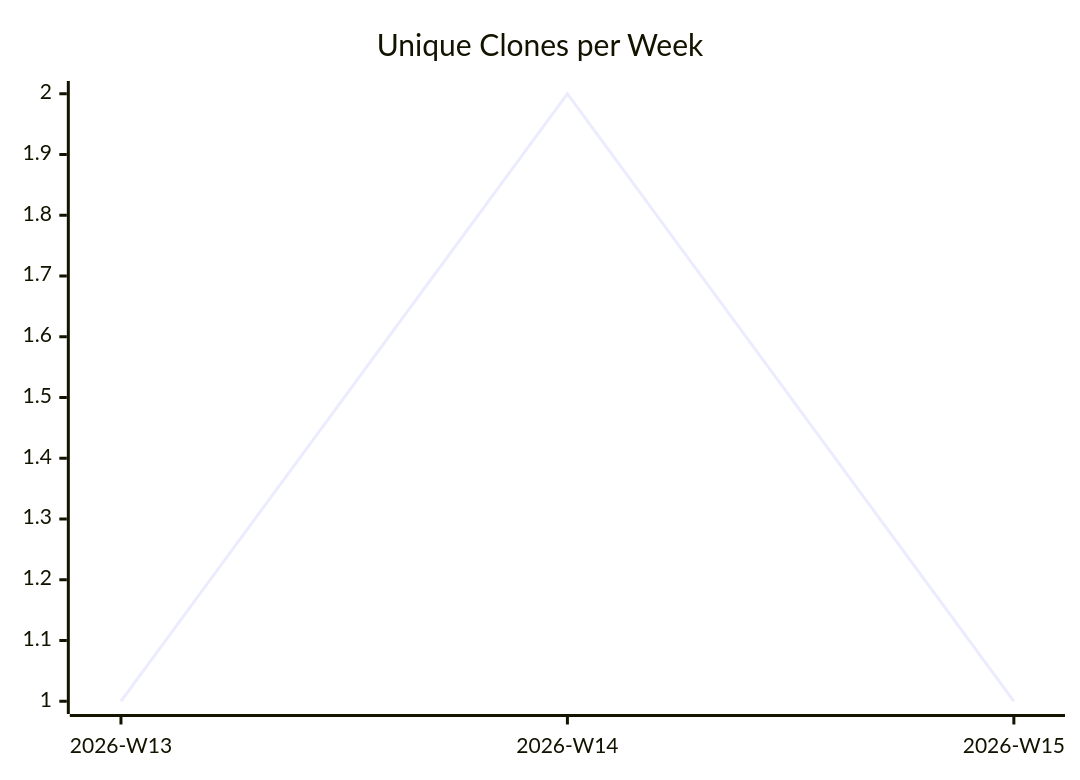
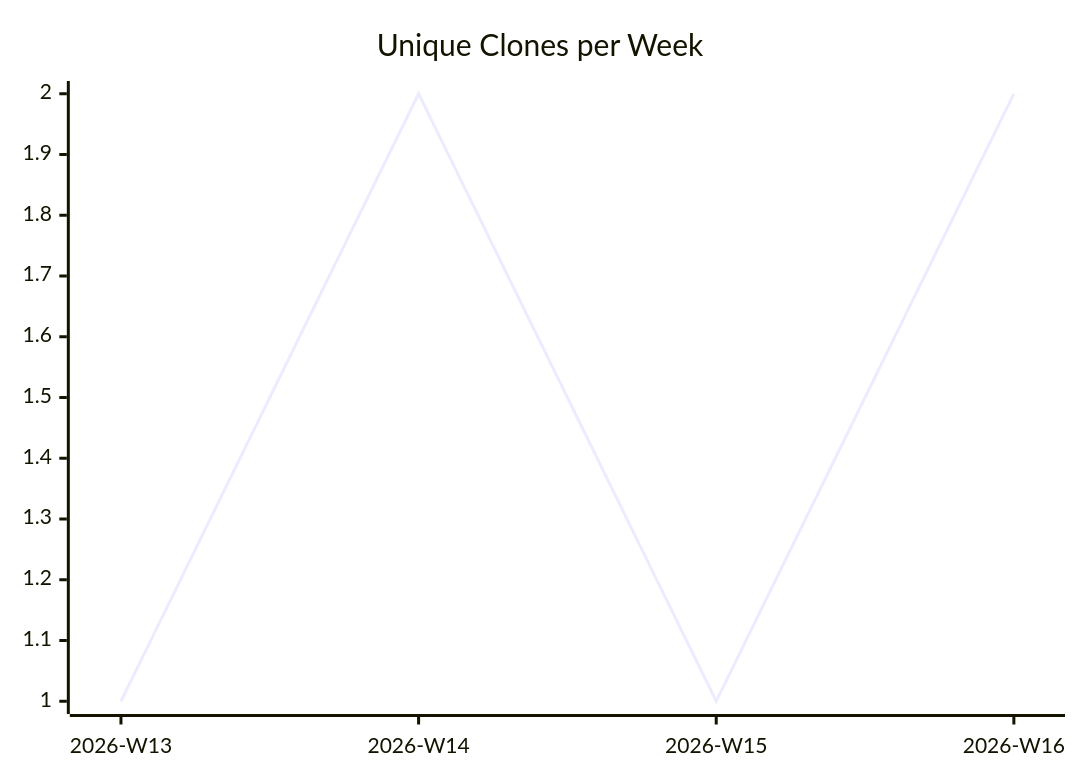
One commit to justdavis-family/github-analytics-data changed the third of 3 diagrams in karlmdavis/sample-maven-and-rcp/README.md. Above: the diagram before and after it, drawn with Mermaid. The commit also changed other lines of this file and 176 other files, not shown here.

````diff
--- a/karlmdavis/sample-maven-and-rcp/README.md
+++ b/karlmdavis/sample-maven-and-rcp/README.md
@@ -19,6 +19,6 @@
 ```mermaid
 xychart-beta
   title "Unique Clones per Week"
-  x-axis ["2026-W13", "2026-W14", "2026-W15"]
-  line [1, 2, 1]
+  x-axis ["2026-W13", "2026-W14", "2026-W15", "2026-W16"]
+  line [1, 2, 1, 2]
 ```
````
